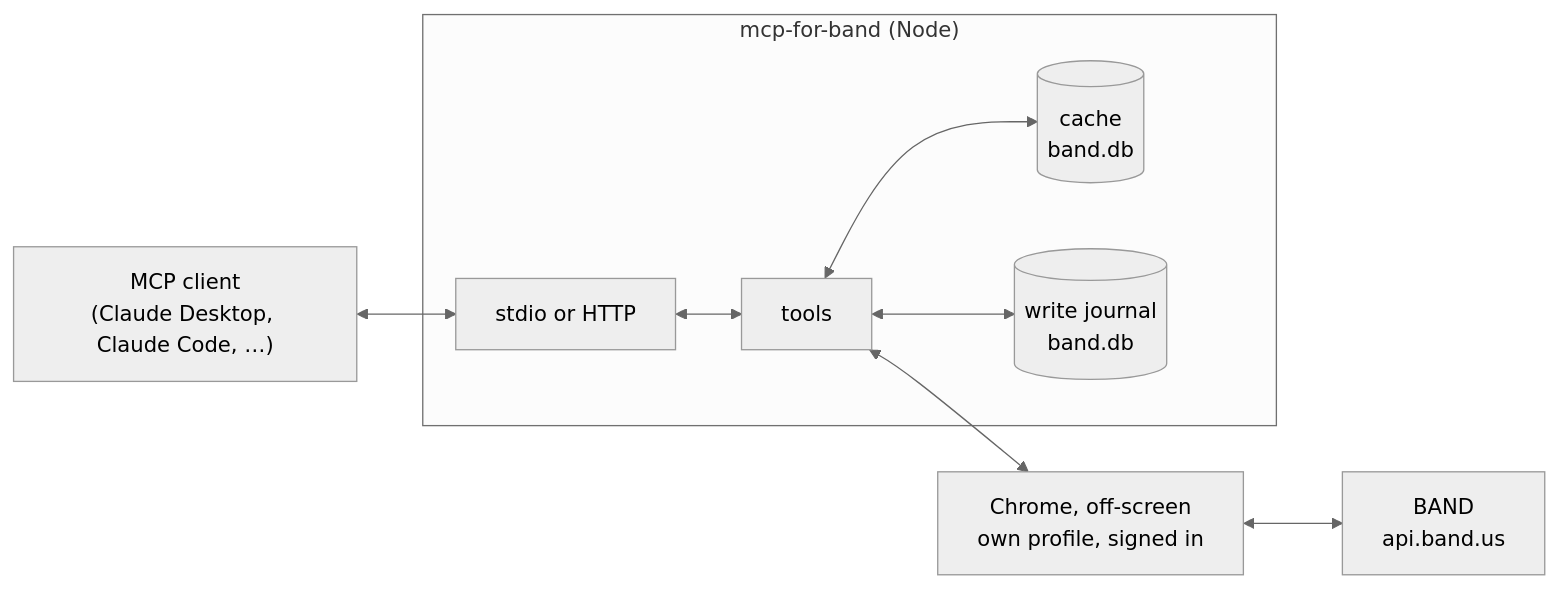
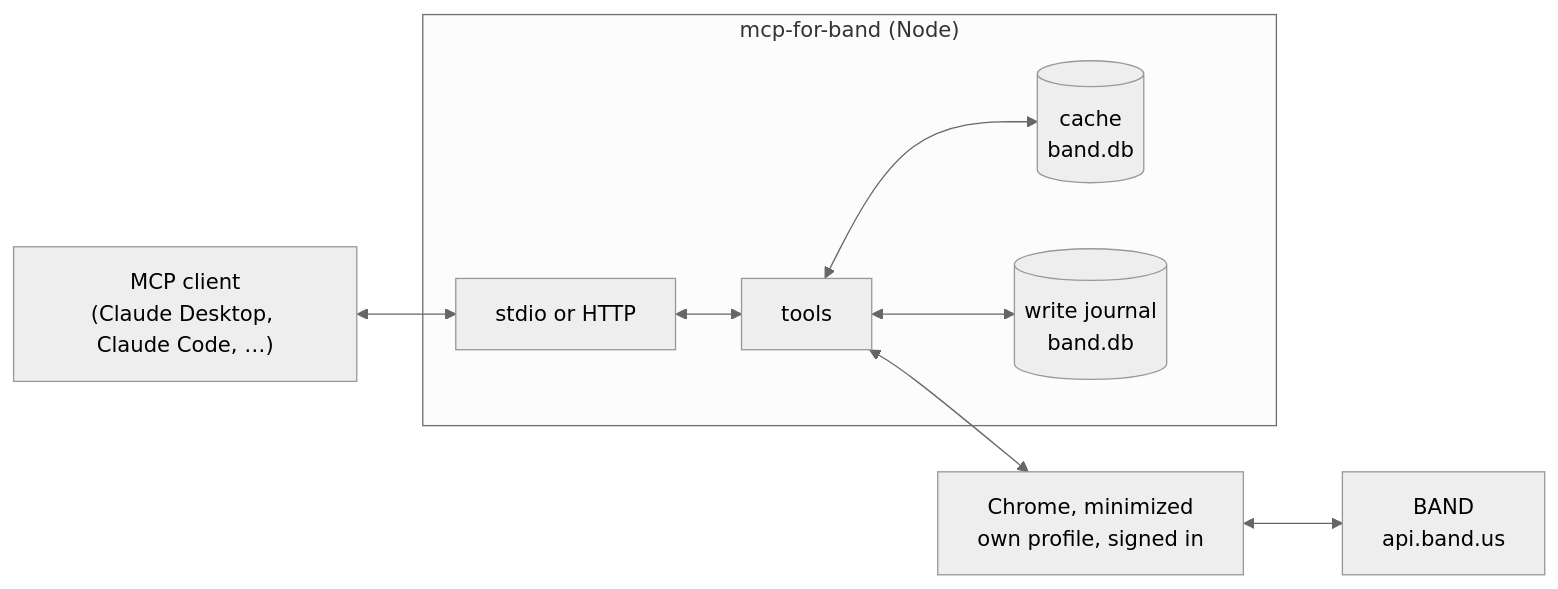
One commit to KtodaZ/mcp-for-band changed the diagram in docs/how-it-works.md. Above: the diagram before and after it, drawn with Mermaid (neutral theme). The commit also changed other lines of this file and 6 other files, not shown here.

First line of the commit message:
Minimized Chrome window instead of off-screen; close orphaned tabs; why-this-exists

````diff
--- a/docs/how-it-works.md
+++ b/docs/how-it-works.md
@@ -5,16 +5,16 @@
 ```mermaid
 flowchart LR
   client["MCP client<br/>(Claude Desktop, Claude Code, …)"]
   subgraph server["mcp-for-band (Node)"]
     transport["stdio or HTTP"]
     tools["tools"]
     cache[("cache<br/>band.db")]
     journal[("write journal<br/>band.db")]
   end
-  chrome["Chrome, off-screen<br/>own profile, signed in"]
+  chrome["Chrome, minimized<br/>own profile, signed in"]
   band["BAND<br/>api.band.us"]
   client <--> transport <--> tools
   tools <--> cache
   tools <--> journal
   tools <--> chrome <--> band
 ```
````
